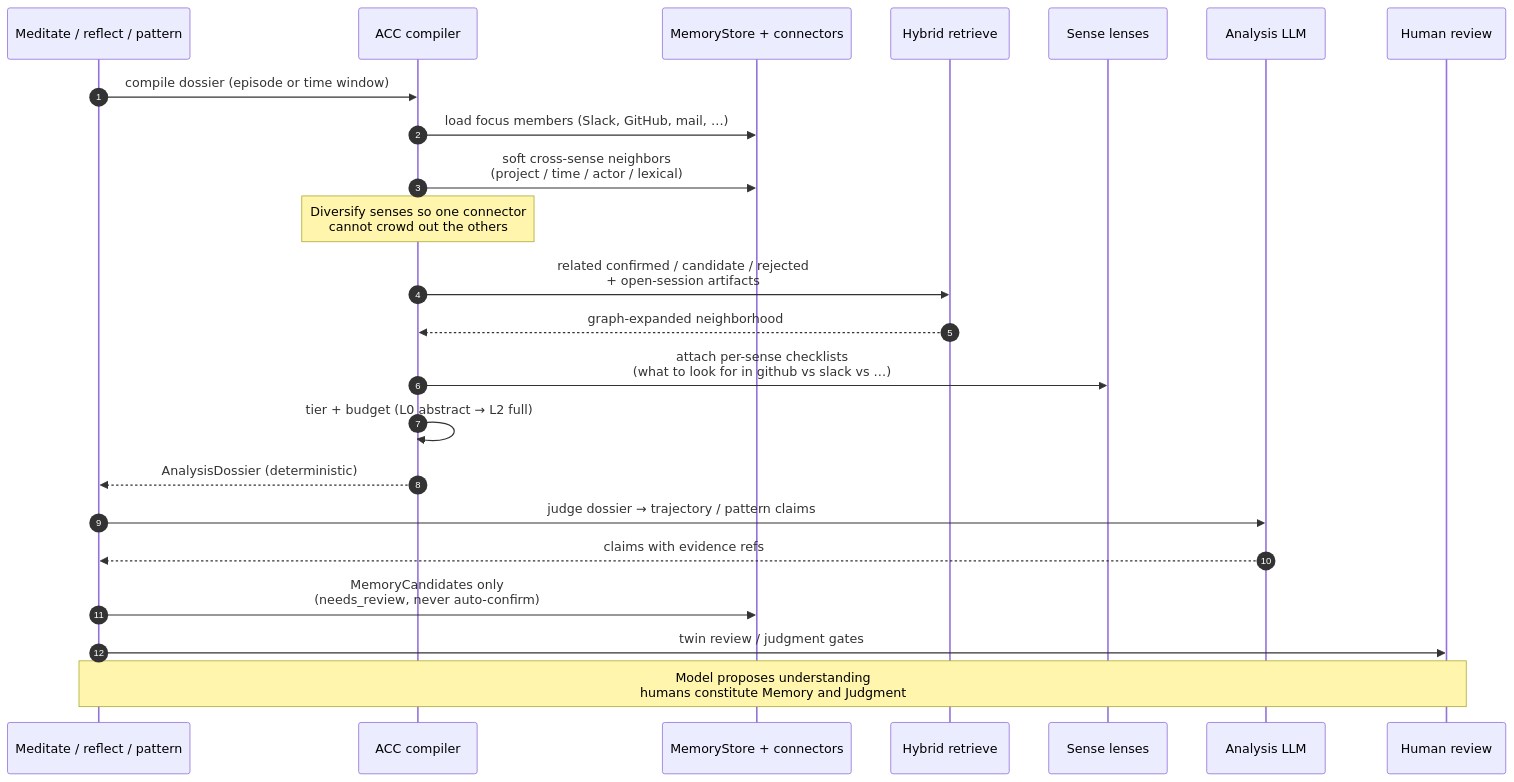
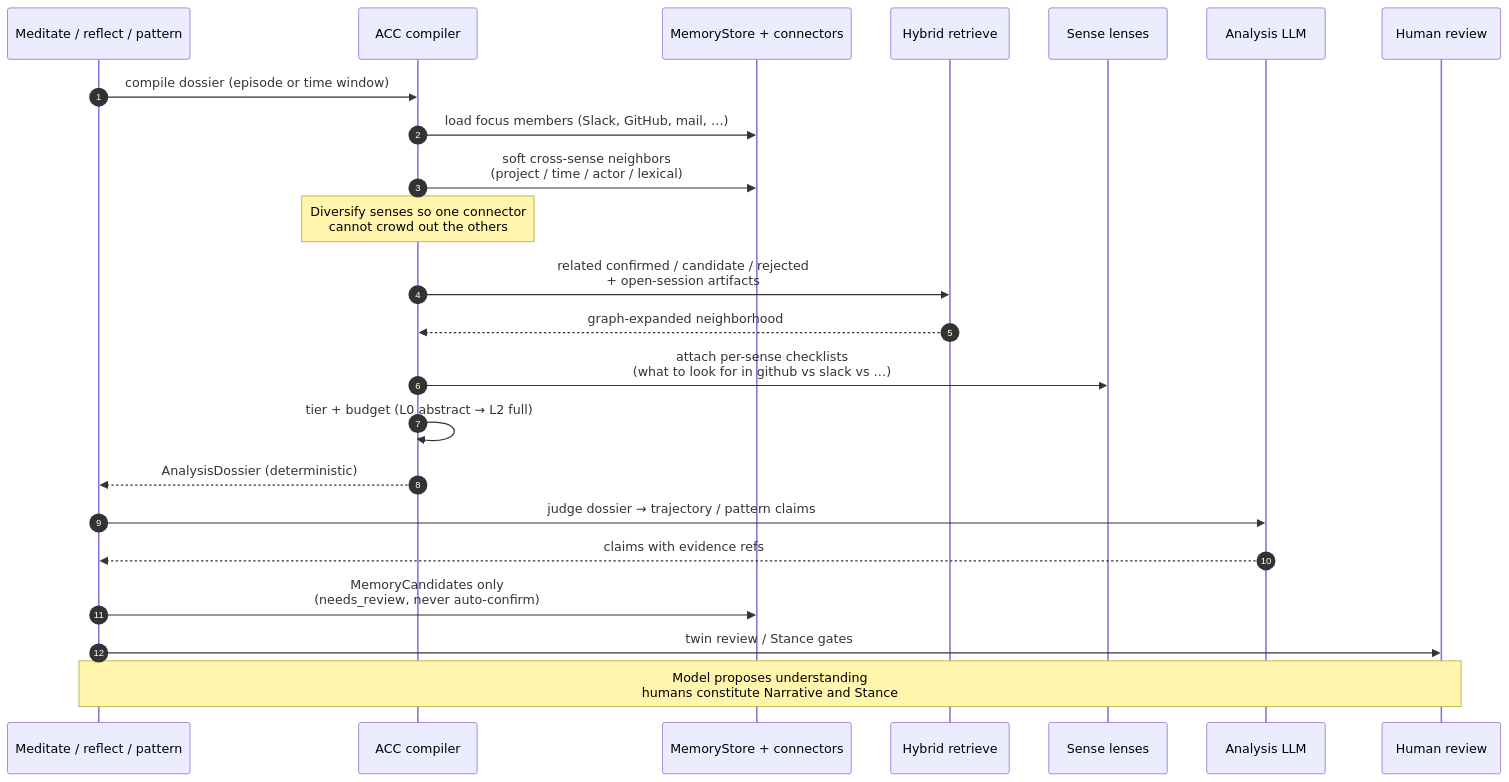
The fourth of 4 diagrams in docs/ARCHITECTURE.md (caribeedu/twin), drawn with Mermaid before and after one commit. The commit also changed other lines of this file and 26 other files, not shown here.

````diff
--- a/docs/ARCHITECTURE.md
+++ b/docs/ARCHITECTURE.md
@@ -279,26 +278,26 @@
 ```mermaid
 sequenceDiagram
     autonumber
     participant Orch as Meditate / reflect / pattern
     participant ACC as ACC compiler
     participant Store as MemoryStore + connectors
     participant Retr as Hybrid retrieve
     participant Lens as Sense lenses
     participant LLM as Analysis LLM
     participant Review as Human review
 
     Orch->>ACC: compile dossier (episode or time window)
     ACC->>Store: load focus members (Slack, GitHub, mail, …)
     ACC->>Store: soft cross-sense neighbors<br/>(project / time / actor / lexical)
     Note over ACC: Diversify senses so one connector<br/>cannot crowd out the others
     ACC->>Retr: related confirmed / candidate / rejected<br/>+ open-session artifacts
     Retr-->>ACC: graph-expanded neighborhood
     ACC->>Lens: attach per-sense checklists<br/>(what to look for in github vs slack vs …)
     ACC->>ACC: tier + budget (L0 abstract → L2 full)
     ACC-->>Orch: AnalysisDossier (deterministic)
     Orch->>LLM: judge dossier → trajectory / pattern claims
     LLM-->>Orch: claims with evidence refs
     Orch->>Store: MemoryCandidates only<br/>(needs_review, never auto-confirm)
-    Orch->>Review: twin review / judgment gates
-    Note over Orch,Review: Model proposes understanding<br/>humans constitute Memory and Judgment
+    Orch->>Review: twin review / Stance gates
+    Note over Orch,Review: Model proposes understanding<br/>humans constitute Narrative and Stance
 ```
````
